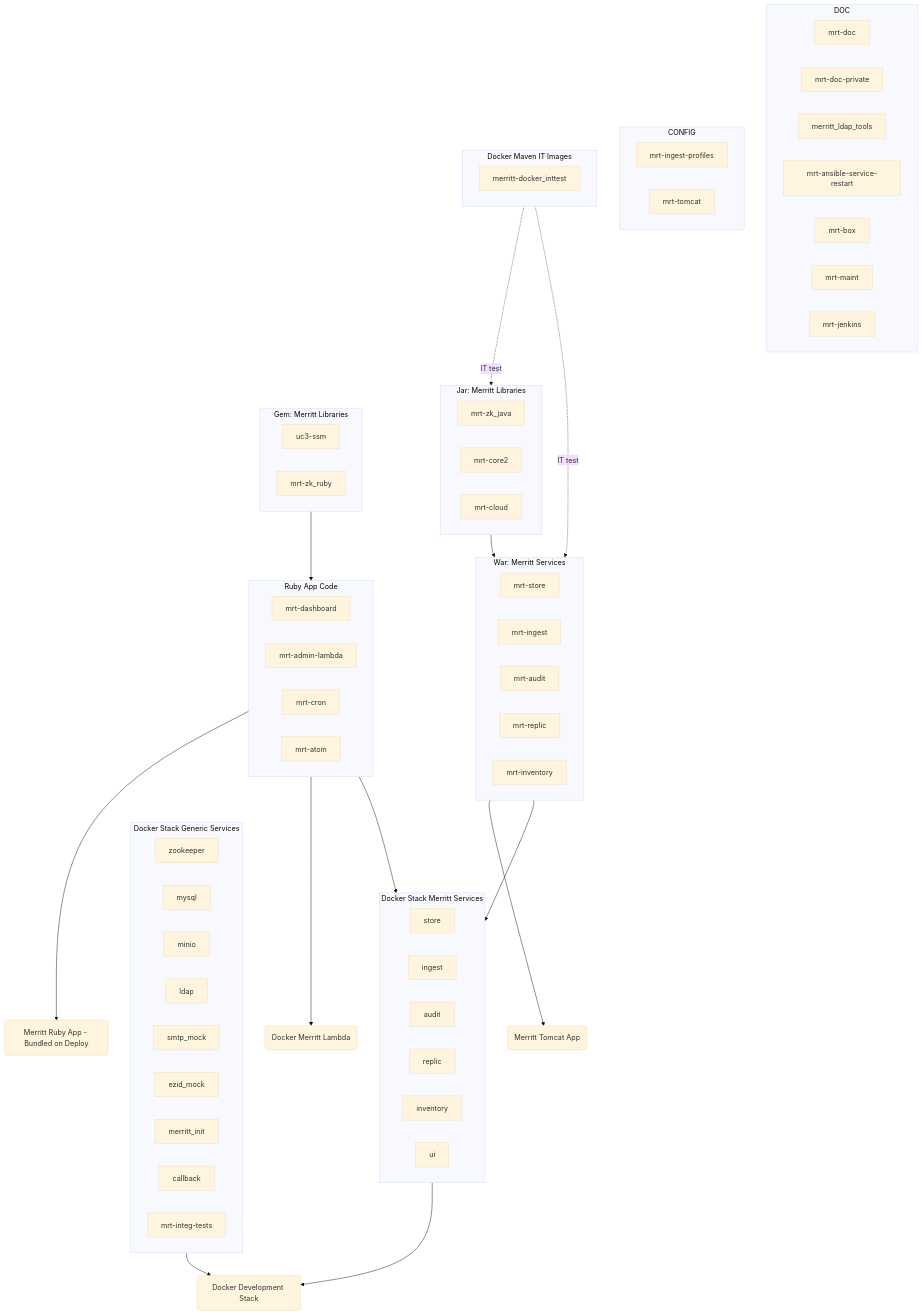
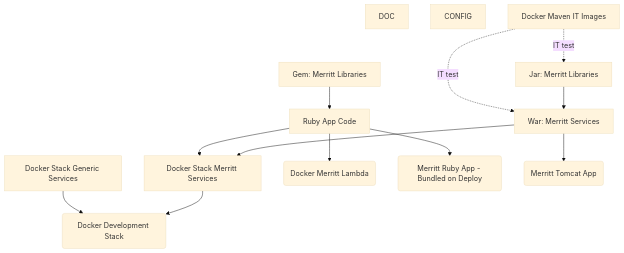
One commit to CDLUC3/mrt-doc changed the second of 2 diagrams in design/aws-build/README.md. Above: the diagram before and after it, drawn with Mermaid (base theme). The commit also changed other lines of this file, not shown here.

Commit message:
simplify diagrams

````diff
--- a/design/aws-build/README.md
+++ b/design/aws-build/README.md
@@ -49,75 +52,27 @@
 ```mermaid
 graph TD
-  subgraph DOC
-    mrt-doc
-    mrt-doc-private
-    merritt_ldap_tools
-    mrt-ansible-service-restart
-    mrt-box
-    mrt-maint
-    mrt-jenkins
-  end
-  subgraph CONFIG
-    mrt-ingest-profiles
-    mrt-tomcat
-  end
-  subgraph DOCKIT[Docker Maven IT Images]
-    merritt-docker_inttest
-  end
-  subgraph DOCKSTACK[Docker Stack Generic Services]
-    zookeeper
-    mysql
-    minio
-    ldap
-    smtp_mock
-    ezid_mock
-    merritt_init
-    callback
-    mrt-integ-tests
-  end
-  subgraph DOCKSERVICE[Docker Stack Merritt Services]
-    store
-    ingest
-    audit
-    replic
-    inventory
-    ui
-  end
-  subgraph JAR[Jar: Merritt Libraries]
-    mrt-zk_java
-    mrt-core2
-    mrt-cloud
-  end
-  subgraph WAR[War: Merritt Services]
-    mrt-store
-    mrt-ingest
-    mrt-audit
-    mrt-replic
-    mrt-inventory
-  end
-  subgraph GEM[Gem: Merritt Libraries]
-    uc3-ssm
-    mrt-zk_ruby
-  end
+  DOC
+  CONFIG
+  DOCKIT[Docker Maven IT Images]
+  DOCKSTACK[Docker Stack Generic Services]
+  DOCKSERVICE[Docker Stack Merritt Services]
+  JAR[Jar: Merritt Libraries]
+  WAR[War: Merritt Services]
+  GEM[Gem: Merritt Libraries]
   LAMBDA(Docker Merritt Lambda)
-  subgraph RUBY[Ruby App Code]
-    mrt-dashboard
-    mrt-admin-lambda
-    mrt-cron
-    mrt-atom
-  end
+  RUBY[Ruby App Code]
   RUBYDEPLOY(Merritt Ruby App - Bundled on Deploy)
   JAVADEPLOY(Merritt Tomcat App)
   DOCKTEST(Docker Development Stack)
   DOCKIT -.-> |IT test| JAR
   JAR --> WAR
   DOCKIT -.-> |IT test| WAR
   WAR --> JAVADEPLOY
   WAR --> DOCKSERVICE
   GEM --> RUBY
   RUBY --> RUBYDEPLOY
   RUBY --> LAMBDA
   RUBY --> DOCKSERVICE
   DOCKSERVICE --> DOCKTEST
   DOCKSTACK -->DOCKTEST
 ```
````
